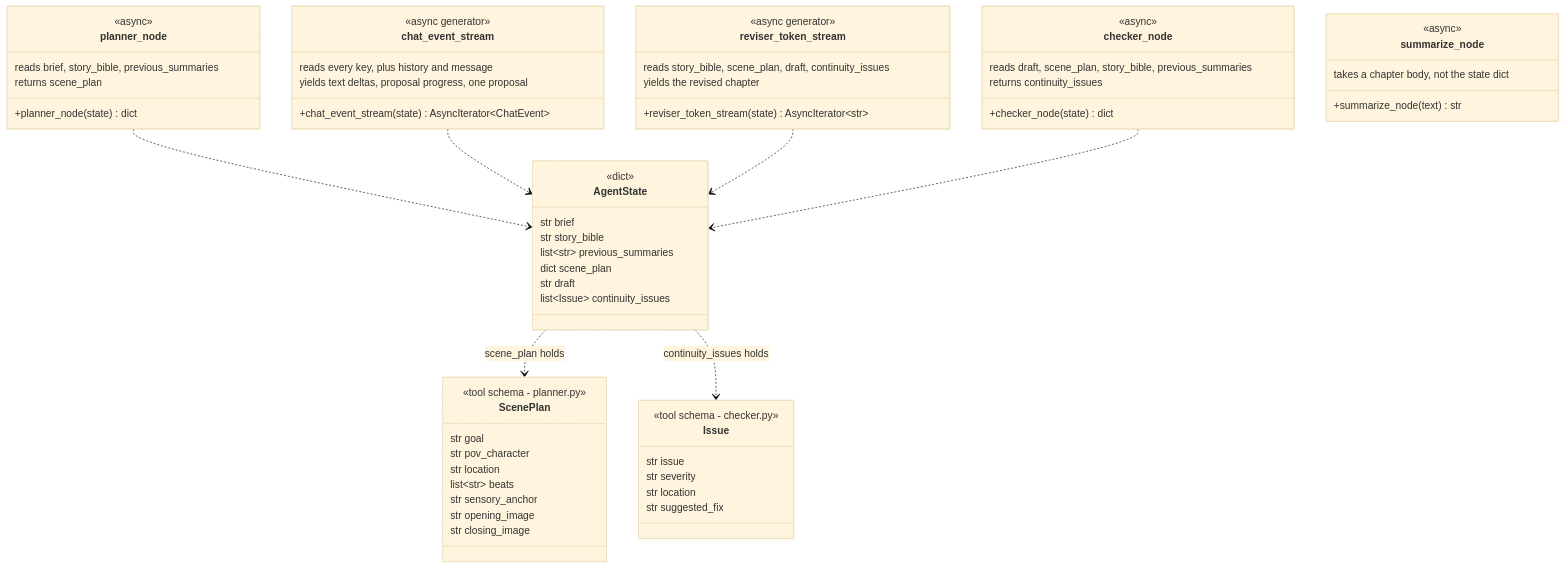
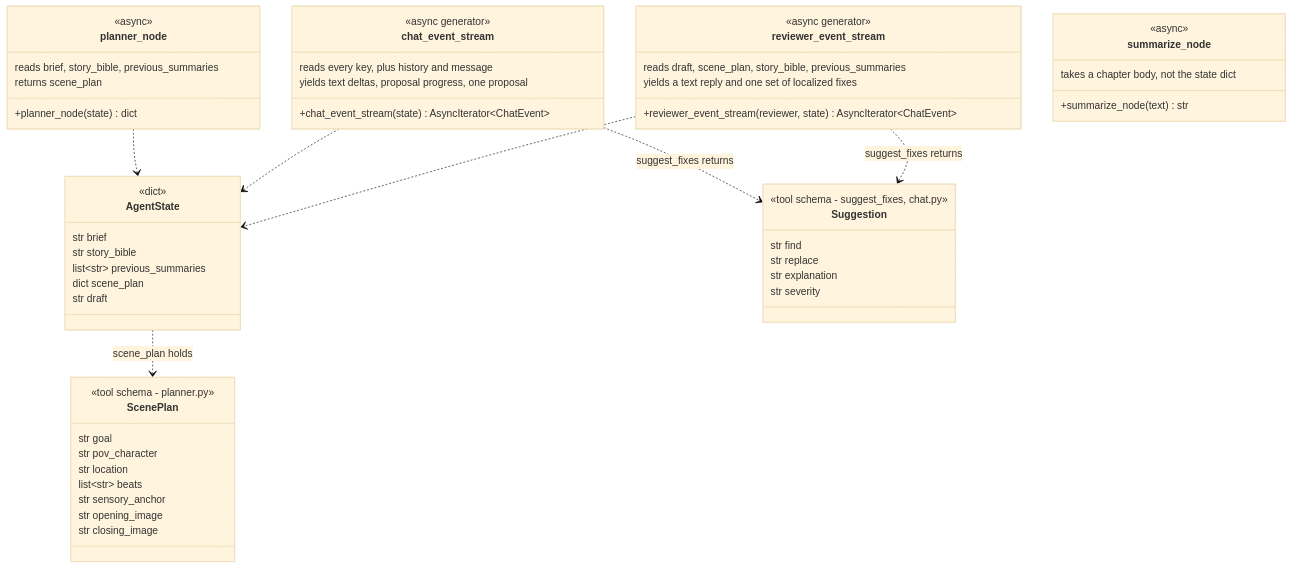
One commit to Akazz-L/maya changed the third of 3 diagrams in docs/diagrams/02-backend-data-model.md. Above: the diagram before and after it, drawn with Mermaid (base theme). The commit also changed other lines of this file and 60 other files, not shown here.

Commit message:
feat: Review passes in the chat, with fixes accepted one at a time (#20)

````diff
--- a/docs/diagrams/02-backend-data-model.md
+++ b/docs/diagrams/02-backend-data-model.md
@@ -134,68 +135,61 @@
 ```mermaid
 classDiagram
     class AgentState {
         <<dict>>
         str brief
         str story_bible
         list~str~ previous_summaries
         dict scene_plan
         str draft
-        list~Issue~ continuity_issues
     }
 
     class ScenePlan {
         <<tool schema - planner.py>>
         str goal
         str pov_character
         str location
         list~str~ beats
         str sensory_anchor
         str opening_image
         str closing_image
     }
 
-    class Issue {
-        <<tool schema - checker.py>>
-        str issue
+    class Suggestion {
+        <<tool schema - suggest_fixes, chat.py>>
+        str find
+        str replace
+        str explanation
         str severity
-        str location
-        str suggested_fix
     }
 
     class planner_node {
         <<async>>
         +planner_node(state) dict
         reads brief, story_bible, previous_summaries
         returns scene_plan
     }
     class chat_event_stream {
         <<async generator>>
         +chat_event_stream(state) AsyncIterator~ChatEvent~
         reads every key, plus history and message
         yields text deltas, proposal progress, one proposal
     }
-    class reviser_token_stream {
+    class reviewer_event_stream {
         <<async generator>>
-        +reviser_token_stream(state) AsyncIterator~str~
-        reads story_bible, scene_plan, draft, continuity_issues
-        yields the revised chapter
-    }
-    class checker_node {
-        <<async>>
-        +checker_node(state) dict
+        +reviewer_event_stream(reviewer, state) AsyncIterator~ChatEvent~
         reads draft, scene_plan, story_bible, previous_summaries
-        returns continuity_issues
+        yields a text reply and one set of localized fixes
     }
     class summarize_node {
         <<async>>
         +summarize_node(text) str
         takes a chapter body, not the state dict
     }
 
     AgentState ..> ScenePlan : scene_plan holds
-    AgentState ..> Issue : continuity_issues holds
+    chat_event_stream ..> Suggestion : suggest_fixes returns
+    reviewer_event_stream ..> Suggestion : suggest_fixes returns
     planner_node ..> AgentState
     chat_event_stream ..> AgentState
-    reviser_token_stream ..> AgentState
-    checker_node ..> AgentState
+    reviewer_event_stream ..> AgentState
 ```
````
